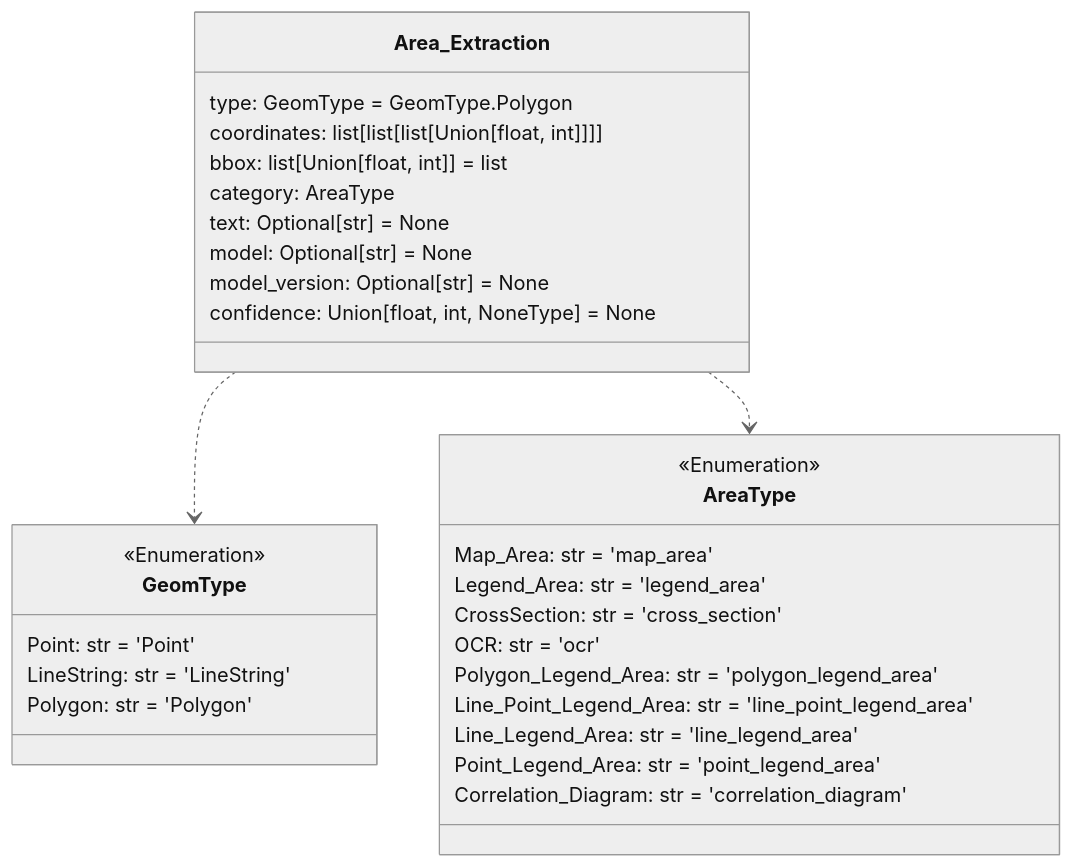
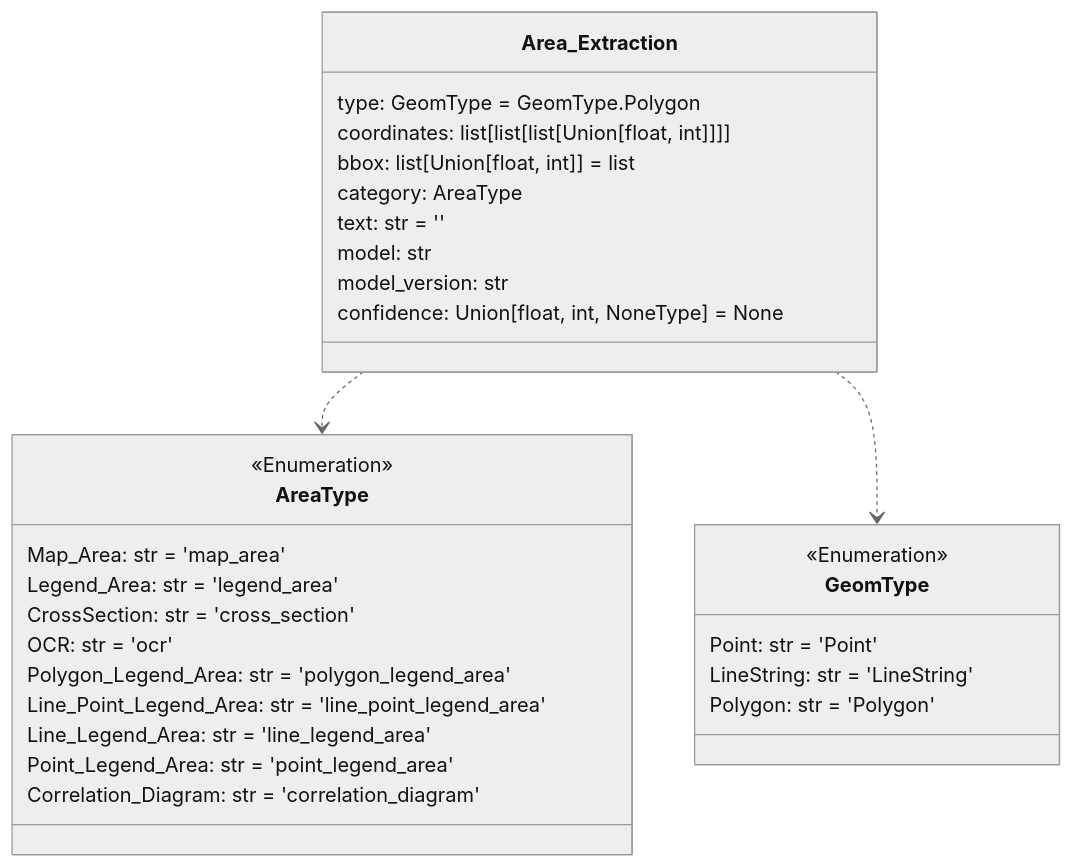
One commit to DARPA-CRITICALMAAS/cdr_schemas changed the first of 12 diagrams in README.md. Above: the diagram before and after it, drawn with Mermaid (neutral theme). The commit also changed other lines of this file and 7 other files, not shown here.

````diff
--- a/README.md
+++ b/README.md
@@ -66,39 +66,39 @@
 ```mermaid
 classDiagram
-
-    class Area_Extraction {
-        type: GeomType = GeomType.Polygon
-        coordinates: list[list[list[Union[float, int]]]]
-        bbox: list[Union[float, int]] = list
-        category: AreaType
-        text: Optional[str] = None
-        model: Optional[str] = None
-        model_version: Optional[str] = None
-        confidence: Union[float, int, NoneType] = None
-    }
-
-    class GeomType {
-        <<Enumeration>>
-        Point: str = 'Point'
-        LineString: str = 'LineString'
-        Polygon: str = 'Polygon'
-    }
 
     class AreaType {
         <<Enumeration>>
         Map_Area: str = 'map_area'
         Legend_Area: str = 'legend_area'
         CrossSection: str = 'cross_section'
         OCR: str = 'ocr'
         Polygon_Legend_Area: str = 'polygon_legend_area'
         Line_Point_Legend_Area: str = 'line_point_legend_area'
         Line_Legend_Area: str = 'line_legend_area'
         Point_Legend_Area: str = 'point_legend_area'
         Correlation_Diagram: str = 'correlation_diagram'
     }
 
+    class GeomType {
+        <<Enumeration>>
+        Point: str = 'Point'
+        LineString: str = 'LineString'
+        Polygon: str = 'Polygon'
+    }
+
+    class Area_Extraction {
+        type: GeomType = GeomType.Polygon
+        coordinates: list[list[list[Union[float, int]]]]
+        bbox: list[Union[float, int]] = list
+        category: AreaType
+        text: str = ''
+        model: str
+        model_version: str
+        confidence: Union[float, int, NoneType] = None
+    }
+
+    Area_Extraction ..> AreaType
     Area_Extraction ..> GeomType
-    Area_Extraction ..> AreaType
 
 
 ```
````
